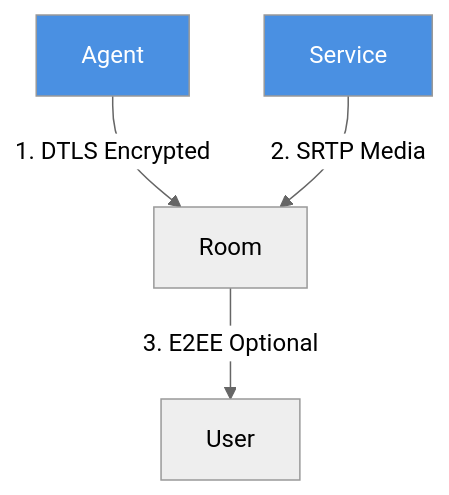
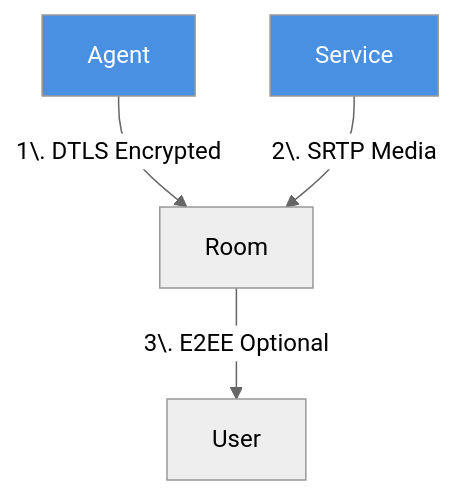
The sixth of 23 diagrams in API_GUIDE.md (yepher/livekit_info), drawn with Mermaid before and after one commit.

Commit message:
Update API_GUIDE.md
fixed bad mermaid

````diff
--- a/API_GUIDE.md
+++ b/API_GUIDE.md
@@ -767,10 +767,10 @@
 ```mermaid
 %%{init: {'theme':'neutral'}}%%
 flowchart TB
-    A[Agent] -->|1. DTLS Encrypted| R[Room]
-    S[Service] -->|2. SRTP Media| R
-    R -->|3. E2EE Optional| U[User]
+    A[Agent] -->|1\. DTLS Encrypted| R[Room]
+    S[Service] -->|2\. SRTP Media| R
+    R -->|3\. E2EE Optional| U[User]
     
     style A fill:#4a90e2,color:white
     style S fill:#4a90e2,color:white
 ```
````
